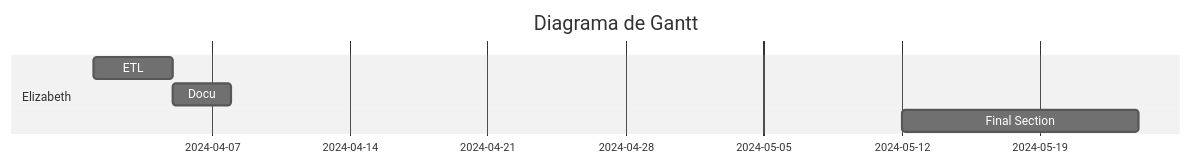
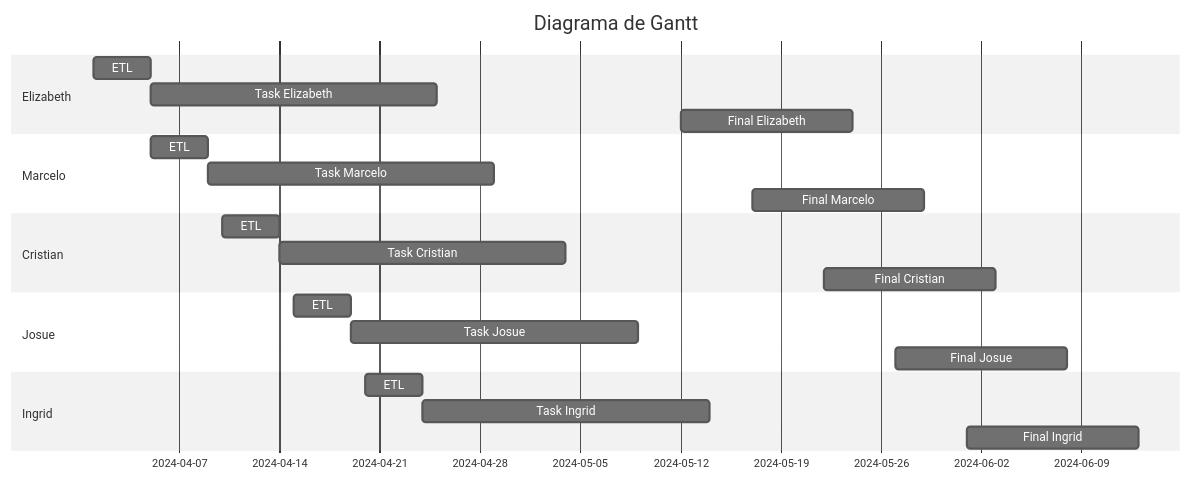
Before and after one commit to Beth-94/testmermaid: the diagram in README.md, drawn with Mermaid (neutral theme).

````diff
--- a/README.md
+++ b/README.md
@@ -8,11 +8,31 @@
 ```mermaid
 gantt
     title Diagrama de Gantt 
 
-    section Elizabeth
-    ETL           :a1, 2024-04-01, 4d
-    Docu    :after a1  , 3d
-    Final Section    : 2024-05-12  , 12d
+  section Elizabeth
+     ETL           :a1, 2024-04-01, 4d
+    Task Elizabeth    :after a1 + 2d, 20d
+    Final Elizabeth    : 2024-05-12  , 12d
+
+    section Marcelo
+     ETL           :a2, 2024-04-05, 4d
+    Task Marcelo    :after a2 + 2d, 20d
+    Final Marcelo    : 2024-05-17  , 12d
+
+    section Cristian
+     ETL           :a3, 2024-04-10, 4d
+    Task Cristian    :after a3 + 2d, 20d
+    Final Cristian    : 2024-05-22  , 12d
+
+    section Josue
+     ETL           :a4, 2024-04-15, 4d
+    Task Josue    :after a4 + 2d, 20d
+    Final Josue    : 2024-05-27  , 12d
+
+    section Ingrid
+     ETL           :a5, 2024-04-20, 4d
+    Task Ingrid    :after a5 + 2d, 20d
+    Final Ingrid    : 2024-06-01  , 12d
 
 
 ```
````
